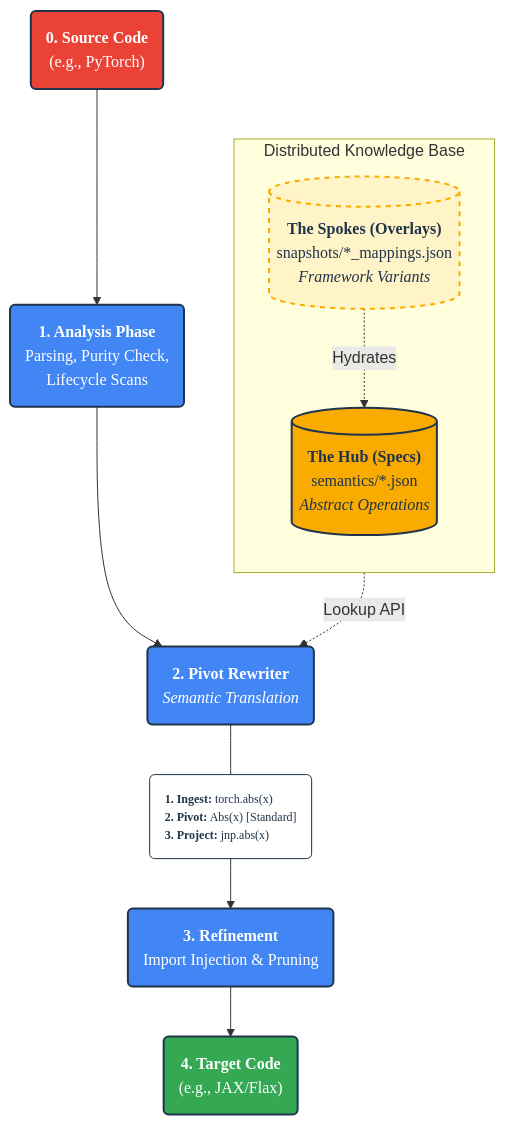
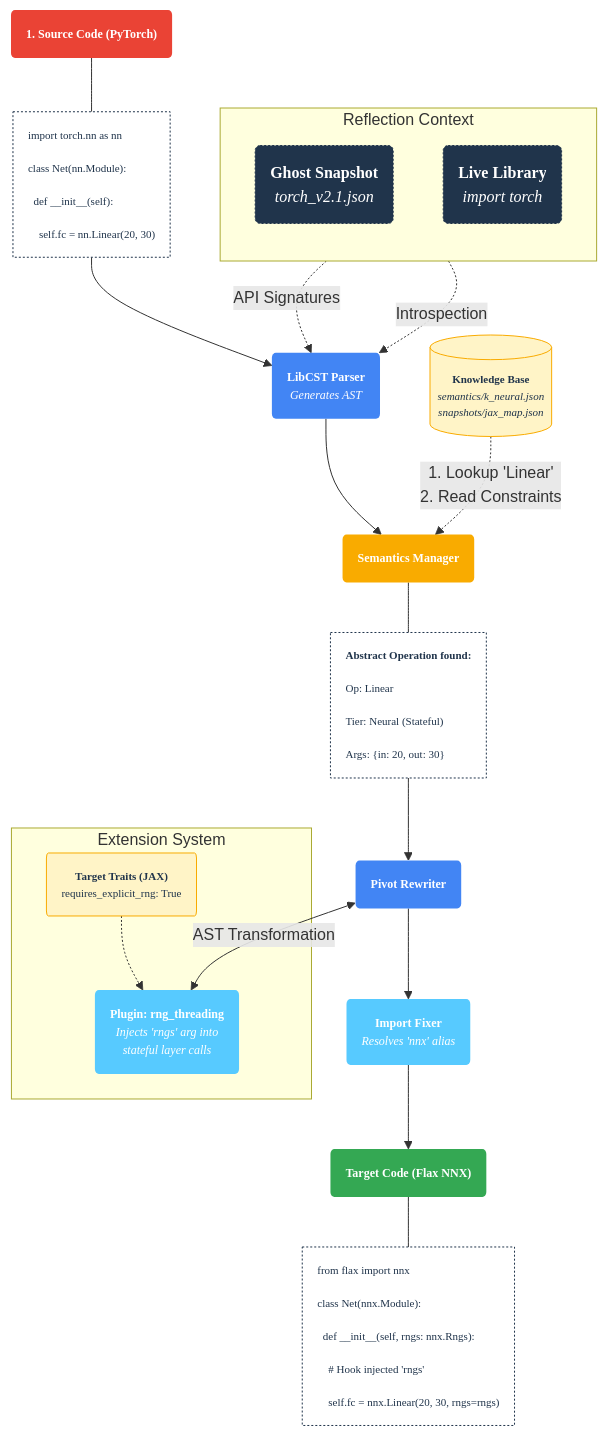
One commit to SamuelMarks/ml-switcheroo changed the diagram in README.md. Above: the diagram before and after it, drawn with Mermaid. The commit also changed other lines of this file and 5 other files, not shown here.

````diff
--- a/README.md
+++ b/README.md
@@ -43,31 +41,126 @@
 ```mermaid
 graph TD
-%% Theme
-    classDef default font-family: 'Google Sans Normal', color: #20344b, stroke: #20344b, stroke-width: 1px;
-    classDef source fill: #ea4335, stroke: #20344b, stroke-width: 2px, color: #ffffff, font-family: 'Google Sans Medium', rx: 5px;
-    classDef engine fill: #4285f4, stroke: #20344b, stroke-width: 2px, color: #ffffff, font-family: 'Google Sans Medium', rx: 5px;
-    classDef hub fill: #f9ab00, stroke: #20344b, stroke-width: 2px, color: #20344b, font-family: 'Google Sans Medium', rx: 5px;
-    classDef spoke fill: #fff4c7, stroke: #f9ab00, stroke-width: 2px, stroke-dasharray: 5 5, color: #20344b, font-family: 'Google Sans Medium', rx: 5px;
-    classDef target fill: #34a853, stroke: #20344b, stroke-width: 2px, color: #ffffff, font-family: 'Google Sans Medium', rx: 5px;
-    classDef codeBlock fill: #ffffff, stroke: #20344b, stroke-width: 1px, font-family: 'Roboto Mono Normal', text-align: left, font-size: 12px;
-    SRC_HEADER("<b>0. Source Code</b><br/>(e.g., PyTorch)"):::source
-    PARSER("<b>1. Analysis Phase</b><br/>Parsing, Purity Check,<br/>Lifecycle Scans"):::engine
-    SRC_HEADER --> PARSER
-%% The Knowledge Base
-    subgraph KB [Distributed Knowledge Base]
+    %% =========================================================================
+    %%  DESIGN SYSTEM & PALETTE
+    %% =========================================================================
+    
+    %% Colors
+    %% Blue 500: #4285f4 | Green 500: #34a853 | Yellow 600: #f9ab00 | Red 500: #ea4335
+    %% Navy: #20344b | White: #ffffff 
+    %% Halftone Blue: #57caff | Halftone Green: #5cdb6d 
+    %% Halftone Yellow: #ffd427 | Halftone Red: #ff7daf
+
+    %% Fonts
+    classDef default font-family:'Google Sans Normal',color:#20344b,stroke:#20344b,stroke-width:1px;
+    classDef title font-family:'Google Sans Medium',font-size:12px,color:#ffffff,stroke-width:0px,rx:4px;
+    classDef code font-family:'Roboto Mono Normal',font-size:11px,text-align:left,fill:#ffffff,color:#20344b,stroke:#20344b,stroke-dasharray: 2 2,rx:0;
+    classDef db font-family:'Google Sans Normal',font-size:11px,fill:#fff4c7,stroke:#f9ab00,stroke-width:1px,rx:2px;
+
+    %% Node Types
+    classDef src fill:#ea4335,color:#ffffff;
+    classDef eng fill:#4285f4,color:#ffffff;
+    classDef hub fill:#f9ab00,color:#20344b;
+    classDef plug fill:#57caff,color:#20344b;
+    classDef tgt fill:#34a853,color:#ffffff;
+    classDef ghost fill:#20344b,color:#ffffff,stroke-dasharray: 2 2;
+
+    %% =========================================================================
+    %%  1. SOURCE INPUT
+    %% =========================================================================
+    
+    S_HEAD("<b>1. Source Code (PyTorch)</b>"):::src
+    S_HEAD:::title
+
+    %% Syntax Highlighted HTML Label
+    S_CODE("
+    <span style='color:#4285f4'>import</span> torch.nn <span style='color:#4285f4'>as</span> nn<br/>
+    <span style='color:#4285f4'>class</span> <span style='color:#ea4335'>Net</span>(nn.Module):<br/>
+    &nbsp;&nbsp;<span style='color:#4285f4'>def</span> <span style='color:#f9ab00'>__init__</span>(<span style='color:#57caff'>self</span>):<br/>
+    &nbsp;&nbsp;&nbsp;&nbsp;<span style='color:#57caff'>self</span>.fc = nn.Linear(<span style='color:#34a853'>20</span>, <span style='color:#34a853'>30</span>)<br/>
+    "):::code
+
+    S_HEAD --- S_CODE
+
+    %% =========================================================================
+    %%  2. INGESTION & ANALYSIS
+    %% =========================================================================
+
+    P_LIBCST("<b>LibCST Parser</b><br/><i>Generates AST</i>"):::eng
+    P_LIBCST:::title
+    
+    S_CODE --> P_LIBCST
+
+    %% Ghost / Live Context
+    subgraph CONTEXT ["Reflection Context"]
         direction TB
-        SPECS[("<b>The Hub (Specs)</b><br/>semantics/*.json<br/><i>Abstract Operations</i>")]:::hub
-        MAPS[("<b>The Spokes (Overlays)</b><br/>snapshots/*_mappings.json<br/><i>Framework Variants</i>")]:::spoke
-        MAPS -.->|" Hydrates "| SPECS
+        GHOST("<b>Ghost Snapshot</b><br/><i>torch_v2.1.json</i>"):::ghost
+        LIVE("<b>Live Library</b><br/><i>import torch</i>"):::ghost
     end
 
-    REWRITER("<b>2. Pivot Rewriter</b><br/><i>Semantic Translation</i>"):::engine
-    KB -.->|" Lookup API "| REWRITER
-    PARSER --> REWRITER
-    PIVOT_LOGIC("<b>1. Ingest:</b> torch.abs(x)<br/><b>2. Pivot:</b> Abs(x) [Standard]<br/><b>3. Project:</b> jnp.abs(x)"):::codeBlock
-    REWRITER --- PIVOT_LOGIC
-    FIXER("<b>3. Refinement</b><br/>Import Injection & Pruning"):::engine
-    PIVOT_LOGIC --> FIXER
-    TGT_HEADER("<b>4. Target Code</b><br/>(e.g., JAX/Flax)"):::target
-    FIXER --> TGT_HEADER
+    GHOST -.->|" API Signatures "| P_LIBCST
+    LIVE -.-> |" Introspection "| P_LIBCST
+
+    %% =========================================================================
+    %%  3. SEMANTIC PIVOT (The Hub)
+    %% =========================================================================
+
+    HUB_HEAD("<b>Semantics Manager</b>"):::hub
+    HUB_HEAD:::title
+    P_LIBCST --> HUB_HEAD
+
+    %% The Knowledge Base (JSONs)
+    JSON_DB[("<b>Knowledge Base</b><br/><i>semantics/k_neural.json</i><br/><i>snapshots/jax_map.json</i>")]:::db
+    JSON_DB -.->|" 1. Lookup 'Linear'<br/>2. Read Constraints "| HUB_HEAD
+
+    %% Intermediate Representation
+    ABS_NODE("
+    <b>Abstract Operation found:</b><br/>
+    Op: <span style='color:#f9ab00'>Linear</span><br/>
+    Tier: <span style='color:#ea4335'>Neural</span> (Stateful)<br/>
+    Args: {in: 20, out: 30}<br/>
+    "):::code
+    HUB_HEAD --- ABS_NODE
+
+    %% =========================================================================
+    %%  4. REWRITING & PLUGINS
+    %% =========================================================================
+
+    REWRITE("<b>Pivot Rewriter</b>"):::eng
+    REWRITE:::title
+    ABS_NODE --> REWRITE
+
+    %% Plugin Logic
+    subgraph PLUGINS ["Extension System"]
+        target_trait("<b>Target Traits (JAX)</b><br/>requires_explicit_rng: <span style='color:#34a853'>True</span>"):::db
+        
+        HOOK_DEF("<b>Plugin: rng_threading</b><br/><i>Injects 'rngs' arg into<br/>stateful layer calls</i>"):::plug
+        HOOK_DEF:::title
+        
+        target_trait -.-> HOOK_DEF
+    end
+
+    REWRITE <-->|" AST Transformation "| HOOK_DEF
+
+    %% =========================================================================
+    %%  5. OUTPUT GENERATION
+    %% =========================================================================
+
+    FIXER("<b>Import Fixer</b><br/><i>Resolves 'nnx' alias</i>"):::plug
+    FIXER:::title
+    REWRITE --> FIXER
+
+    T_HEAD("<b>Target Code (Flax NNX)</b>"):::tgt
+    T_HEAD:::title
+    FIXER --> T_HEAD
+
+    %% Final Code
+    T_CODE("
+    <span style='color:#4285f4'>from</span> flax <span style='color:#4285f4'>import</span> nnx<br/>
+    <span style='color:#4285f4'>class</span> <span style='color:#34a853'>Net</span>(nnx.Module):<br/>
+    &nbsp;&nbsp;<span style='color:#4285f4'>def</span> <span style='color:#f9ab00'>__init__</span>(<span style='color:#57caff'>self</span>, <span style='color:#ea4335'>rngs</span>: nnx.Rngs):<br/>
+    &nbsp;&nbsp;&nbsp;&nbsp;<span style='color:#90a4ae'># Hook injected 'rngs'</span><br/>
+    &nbsp;&nbsp;&nbsp;&nbsp;<span style='color:#57caff'>self</span>.fc = nnx.Linear(<span style='color:#34a853'>20</span>, <span style='color:#34a853'>30</span>, <span style='color:#ea4335'>rngs=rngs</span>)<br/>
+    "):::code
+
+    T_HEAD --- T_CODE
 ```
````
